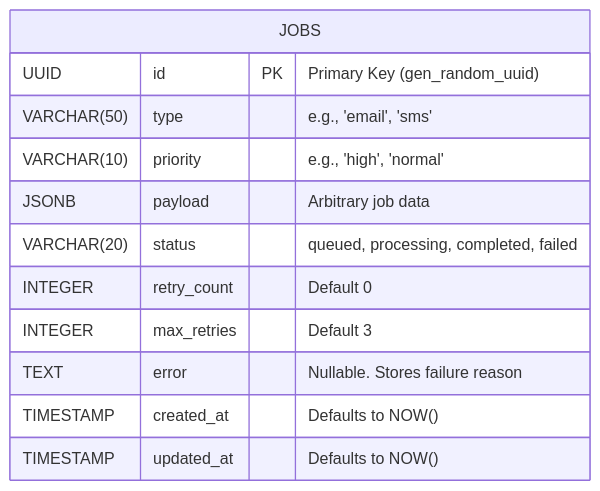
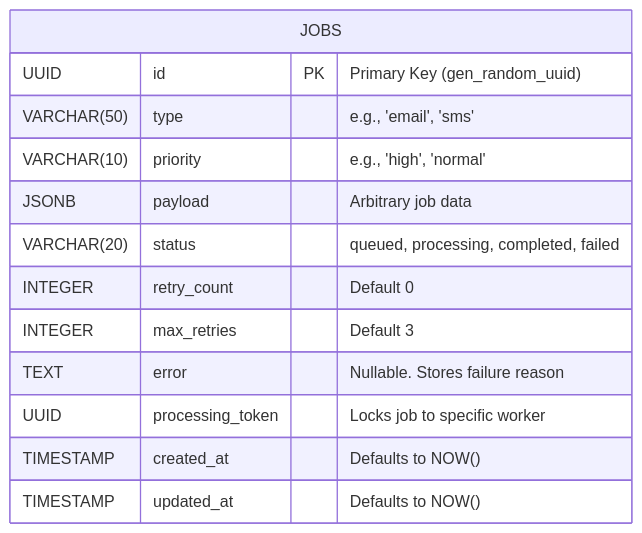
One commit to Aryns293/QueueFlow-prep changed the diagram in 4. PostgreSQL - Concepts & SQL Used.md. Above: the diagram before and after it, drawn with Mermaid. The commit also changed other lines of this file, not shown here.

Commit message:
Update PostgreSQL concepts file to cover processing_token and new composite indexes

````diff
--- a/4. PostgreSQL - Concepts & SQL Used.md
+++ b/4. PostgreSQL - Concepts & SQL Used.md
@@ -22,15 +22,16 @@
 ```mermaid
 erDiagram
     JOBS {
         UUID id PK "Primary Key (gen_random_uuid)"
         VARCHAR(50) type "e.g., 'email', 'sms'"
         VARCHAR(10) priority "e.g., 'high', 'normal'"
         JSONB payload "Arbitrary job data"
         VARCHAR(20) status "queued, processing, completed, failed"
         INTEGER retry_count "Default 0"
         INTEGER max_retries "Default 3"
         TEXT error "Nullable. Stores failure reason"
+        UUID processing_token "Locks job to specific worker"
         TIMESTAMP created_at "Defaults to NOW()"
         TIMESTAMP updated_at "Defaults to NOW()"
     }
 ```
````
